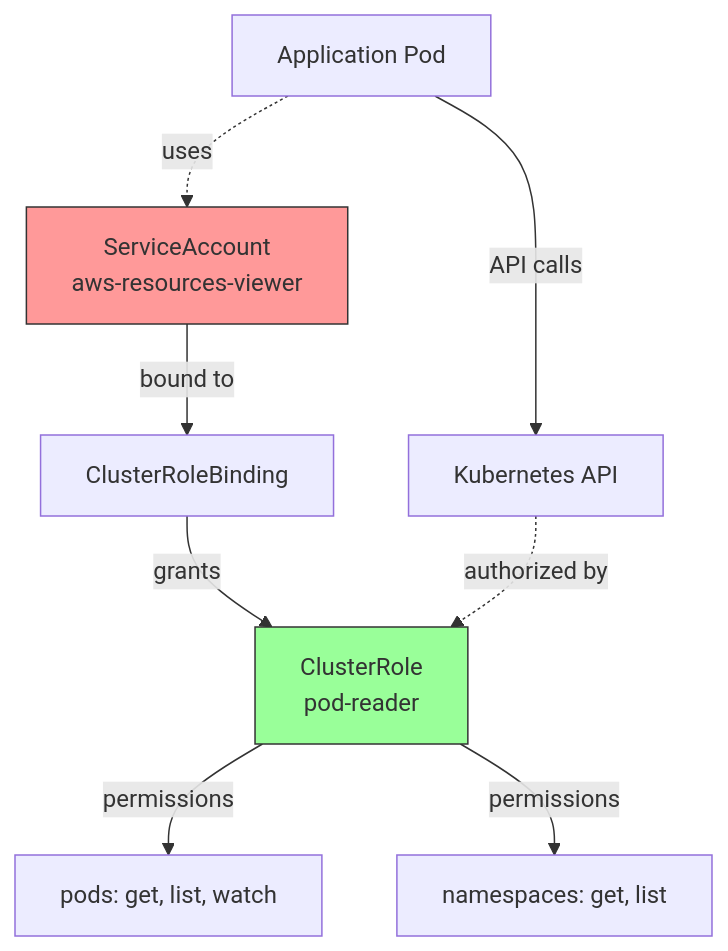
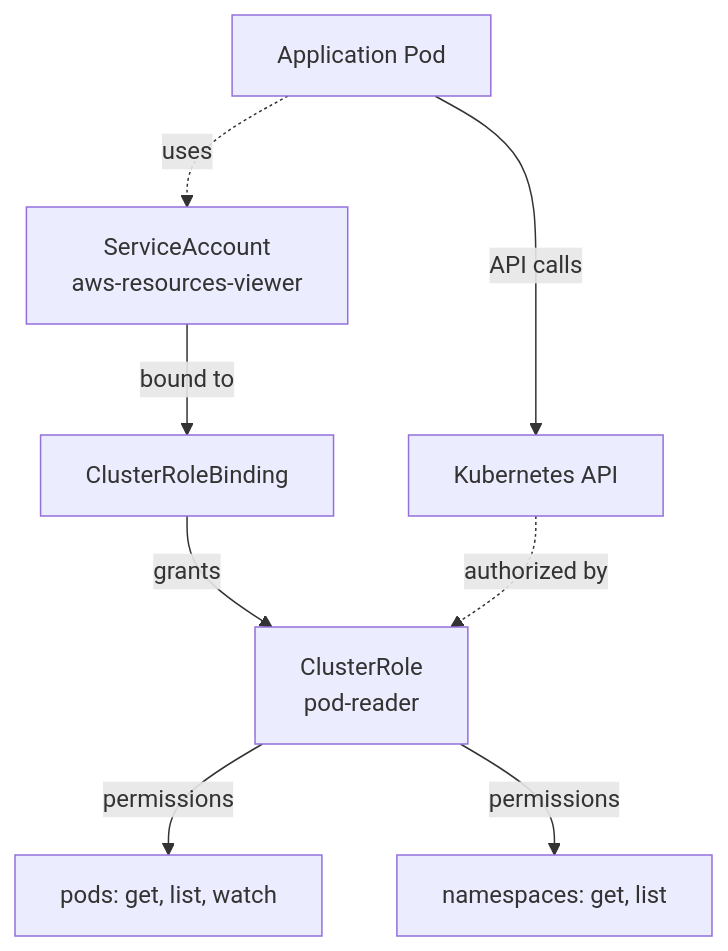
Before and after one commit to githuber20202/jb-gitops: the fifth of 7 diagrams in README.md, drawn with Mermaid. The commit also changed other lines of this file, not shown here.

````diff
--- a/README.md
+++ b/README.md
@@ -226,14 +214,11 @@
 ```mermaid
 graph TD
     A[ServiceAccount<br/>aws-resources-viewer] -->|bound to| B[ClusterRoleBinding]
     B -->|grants| C[ClusterRole<br/>pod-reader]
     C -->|permissions| D[pods: get, list, watch]
     C -->|permissions| E[namespaces: get, list]
     
     F[Application Pod] -.->|uses| A
     F -->|API calls| G[Kubernetes API]
     G -.->|authorized by| C
-    
-    style A fill:#f99,stroke:#333
-    style C fill:#9f9,stroke:#333
 ```
````
